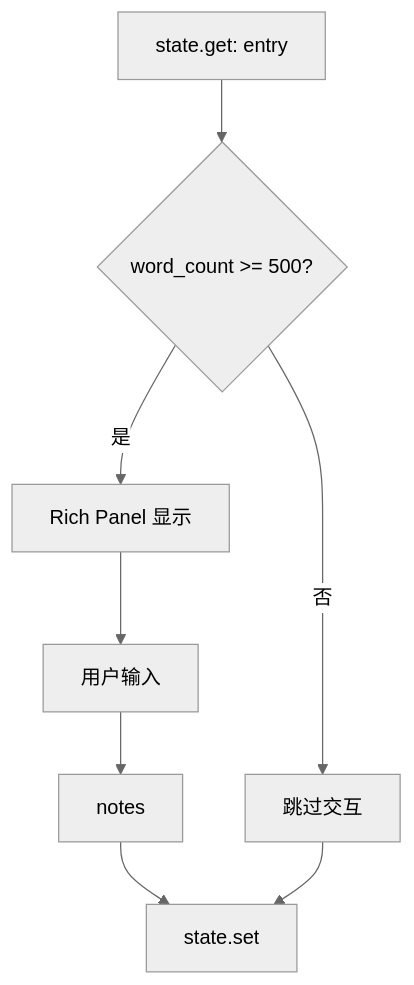
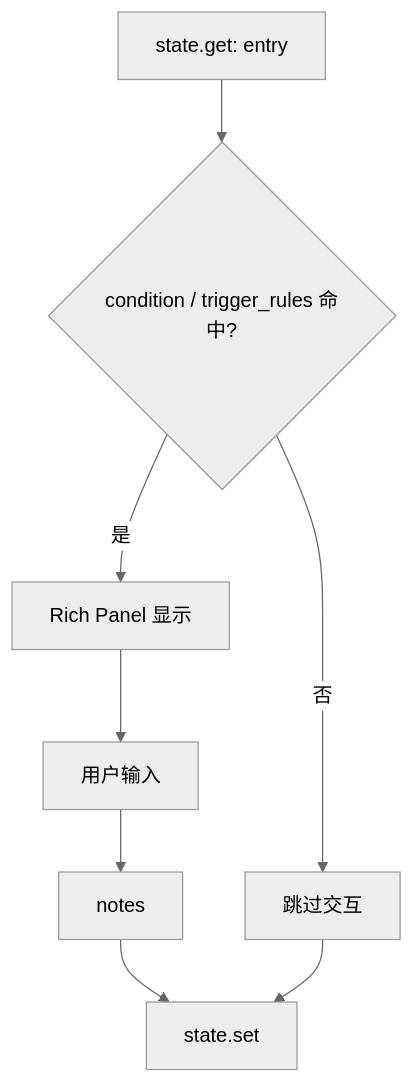
One commit to OceanEyeFF/personal-knowledge-vault changed the fourth of 5 diagrams in docs/specs/flows/归档流程数据流图.md. Above: the diagram before and after it, drawn with Mermaid (neutral theme). The commit also changed other lines of this file and 190 other files, not shown here.

````diff
--- a/docs/specs/flows/归档流程数据流图.md
+++ b/docs/specs/flows/归档流程数据流图.md
@@ -127,10 +131,10 @@
 ```mermaid
 graph TD
-    A[state.get: entry] --> B{word_count >= 500?}
+    A[state.get: entry] --> B{condition / trigger_rules 命中?}
     B -->|否| C[跳过交互]
     B -->|是| D[Rich Panel 显示]
     D --> E[用户输入]
     E --> F[notes]
     F --> G[state.set]
     C --> G
 ```
````
